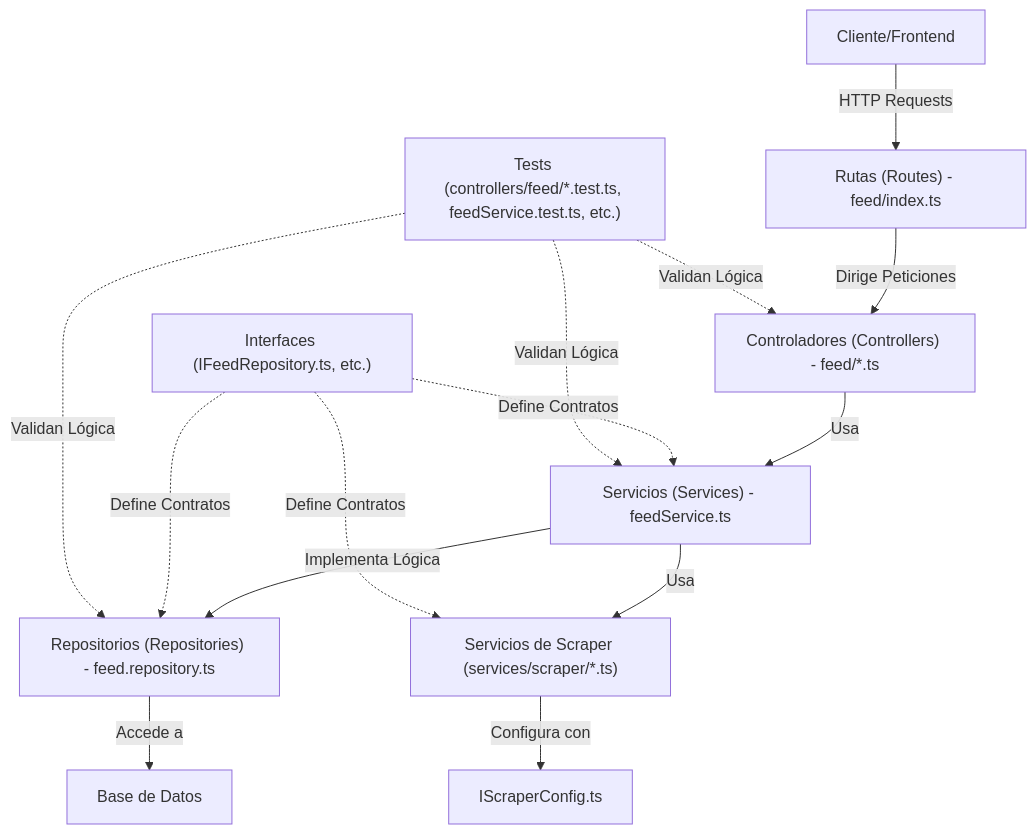
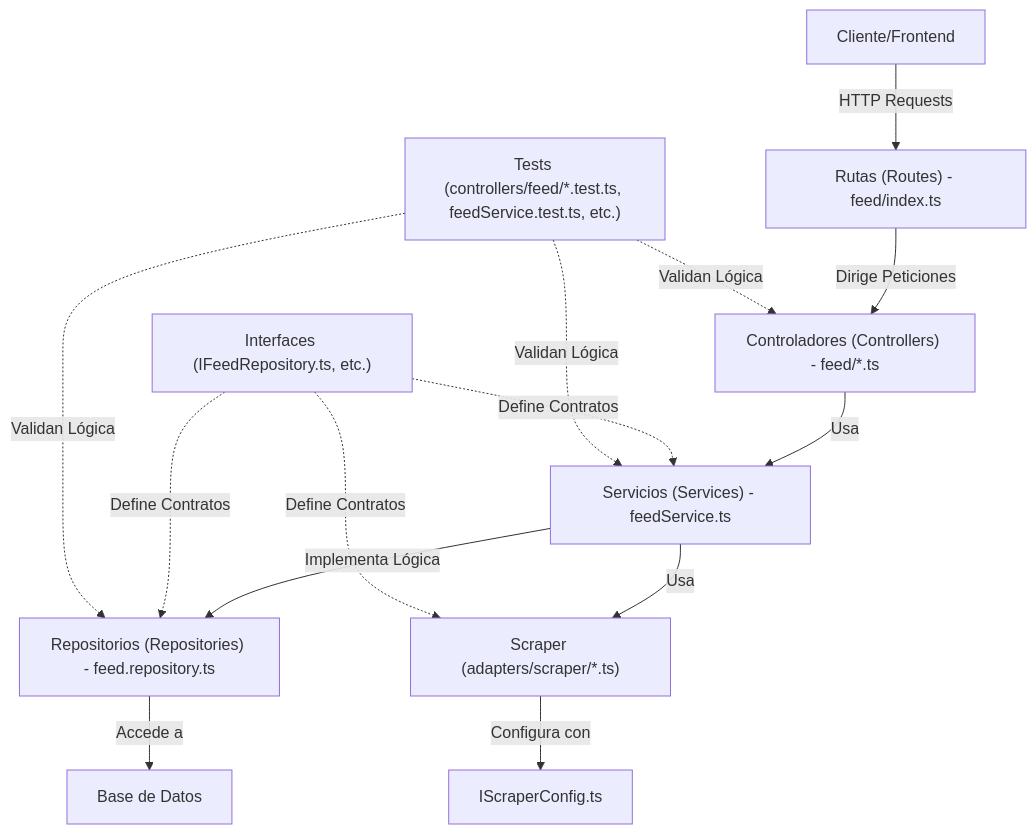
One commit to alexjoshuaboj/dailytrends-api changed the diagram in README.md. Above: the diagram before and after it, drawn with Mermaid. The commit also changed other lines of this file and 5 other files, not shown here.

````diff
--- a/README.md
+++ b/README.md
@@ -81,19 +65,19 @@
 ```mermaid
 graph TD;
     A["Cliente/Frontend"] -->|HTTP Requests| B["Rutas (Routes) - feed/index.ts"]
     B -->|Dirige Peticiones| C["Controladores (Controllers) - feed/*.ts"]
     C -->|Usa| D["Servicios (Services) - feedService.ts"]
     D -->|Implementa Lógica| E["Repositorios (Repositories) - feed.repository.ts"]
     E -->|Accede a| F["Base de Datos"]
 
-    D -->|Usa| G["Servicios de Scraper (services/scraper/*.ts)"]
+    D -->|Usa| G["Scraper (adapters/scraper/*.ts)"]
     G -->|Configura con| H["IScraperConfig.ts"]
 
     I["Interfaces (IFeedRepository.ts, etc.)"] -.->|Define Contratos| D
     I -.->|Define Contratos| E
     I -.->|Define Contratos| G
 
     J["Tests (controllers/feed/*.test.ts, feedService.test.ts, etc.)"] -.->|Validan Lógica| C
     J -.->|Validan Lógica| D
     J -.->|Validan Lógica| E
 ```
````
